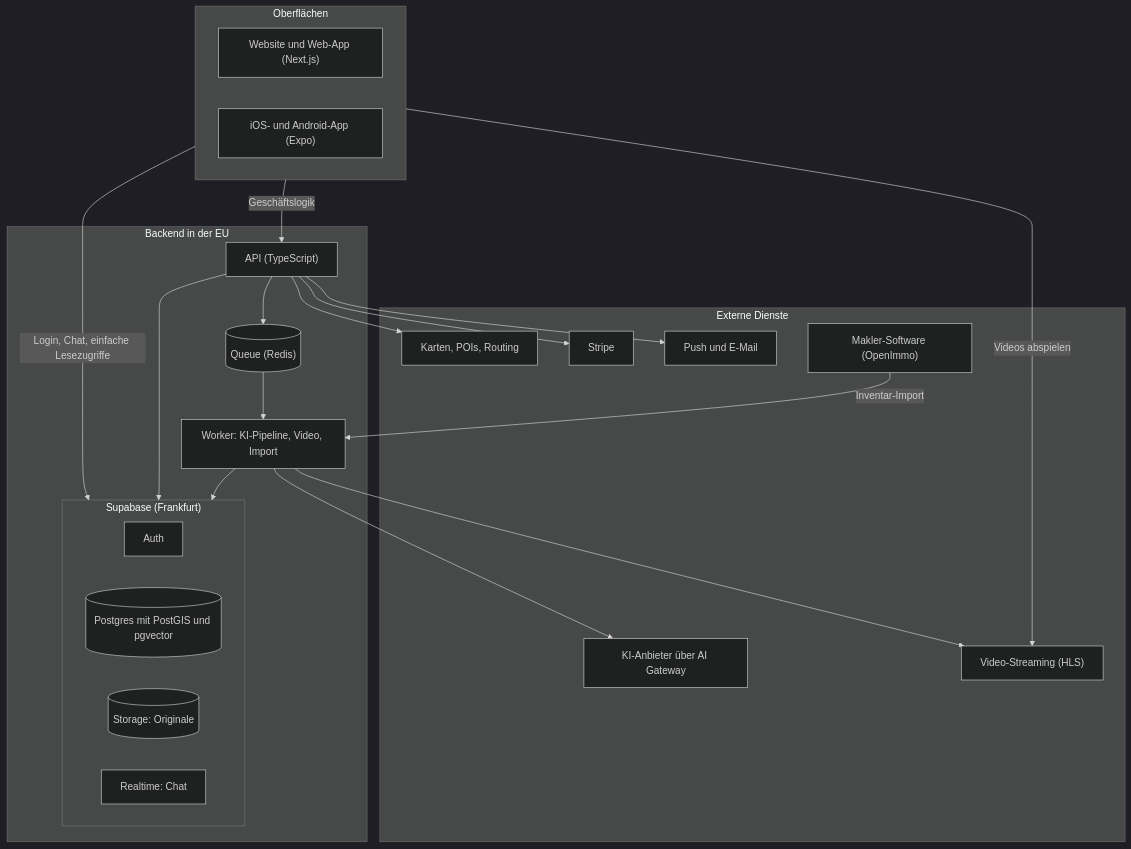
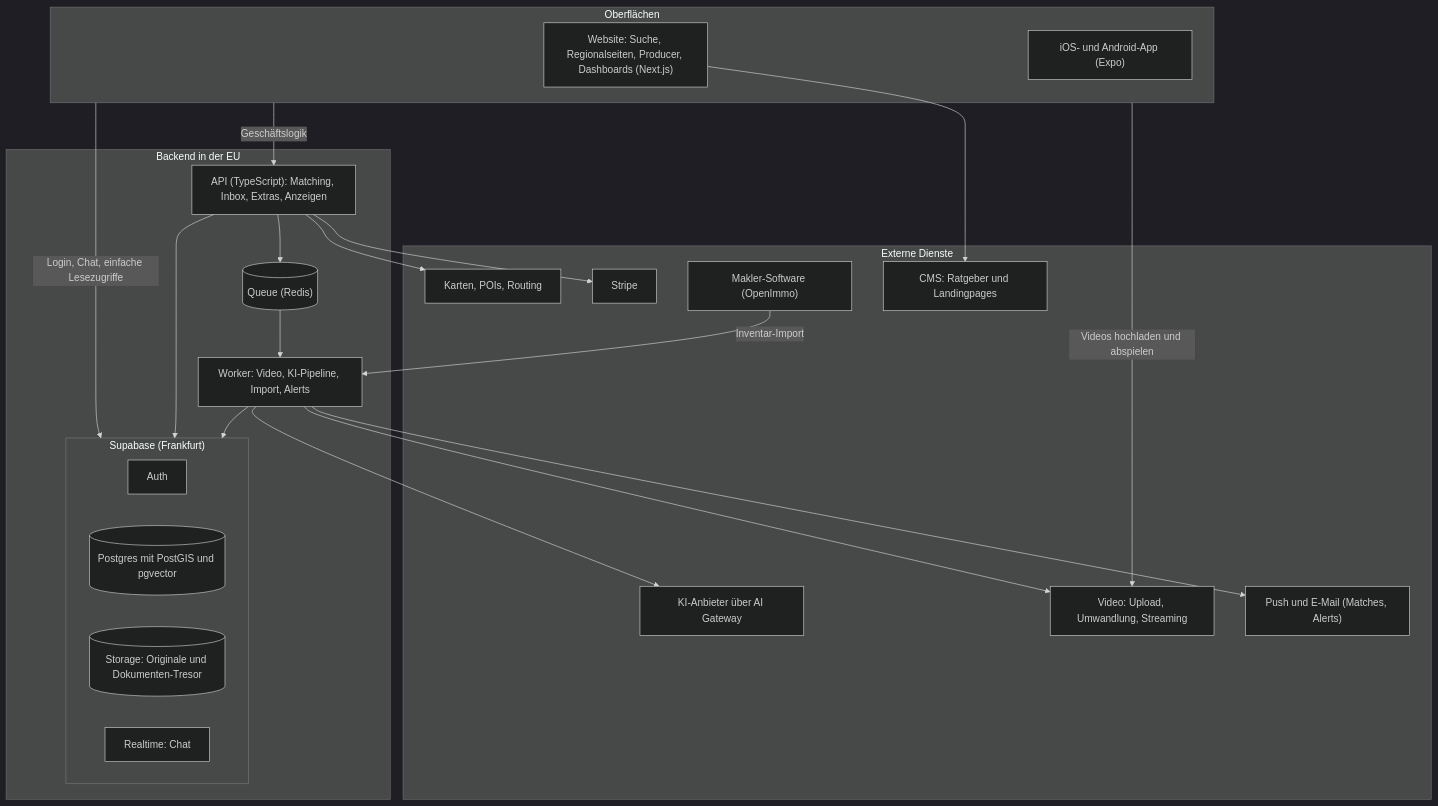
Before and after one commit to jokpr/immocrush: the first of 4 diagrams in docs/08-anwendungsentwicklungsplan.md, drawn with Mermaid (dark theme). The commit also changed other lines of this file and 11 other files, not shown here.

Commit message:
Docs an Gründer-Input vom 18.10.2026 angepasst: kostenlos für alle, Kauf und Miete, Producer mit Video-Upload, Extras und Werbung, Vollgas mit Fokus

````diff
--- a/docs/08-anwendungsentwicklungsplan.md
+++ b/docs/08-anwendungsentwicklungsplan.md
@@ -53,39 +58,41 @@
 ```mermaid
 flowchart TB
     subgraph clients["Oberflächen"]
-        web["Website und Web-App (Next.js)"]
+        web["Website: Suche, Regionalseiten, Producer, Dashboards (Next.js)"]
         mobile["iOS- und Android-App (Expo)"]
     end
     subgraph backend["Backend in der EU"]
-        api["API (TypeScript)"]
+        api["API (TypeScript): Matching, Inbox, Extras, Anzeigen"]
         queue[("Queue (Redis)")]
-        worker["Worker: KI-Pipeline, Video, Import"]
+        worker["Worker: Video, KI-Pipeline, Import, Alerts"]
         subgraph supa["Supabase (Frankfurt)"]
             auth["Auth"]
             db[("Postgres mit PostGIS und pgvector")]
-            storage[("Storage: Originale")]
+            storage[("Storage: Originale und Dokumenten-Tresor")]
             realtime["Realtime: Chat"]
         end
     end
     subgraph services["Externe Dienste"]
         ai["KI-Anbieter über AI Gateway"]
-        stream["Video-Streaming (HLS)"]
+        stream["Video: Upload, Umwandlung, Streaming"]
         geo["Karten, POIs, Routing"]
         pay["Stripe"]
-        notify["Push und E-Mail"]
+        notify["Push und E-Mail (Matches, Alerts)"]
         crm["Makler-Software (OpenImmo)"]
+        cms["CMS: Ratgeber und Landingpages"]
     end
     clients -->|"Geschäftslogik"| api
     clients -->|"Login, Chat, einfache Lesezugriffe"| supa
-    clients -->|"Videos abspielen"| stream
+    clients -->|"Videos hochladen und abspielen"| stream
+    web --> cms
     api --> supa
     api --> queue
     api --> geo
     api --> pay
-    api --> notify
     queue --> worker
     worker --> supa
     worker --> ai
     worker --> stream
+    worker --> notify
     crm -->|"Inventar-Import"| worker
 ```
````
